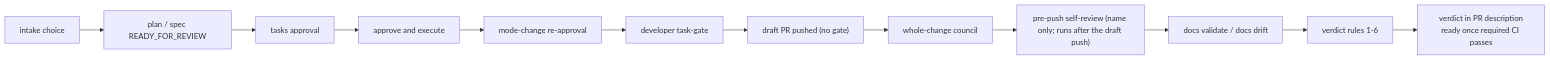
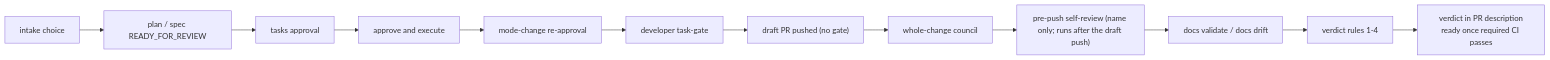
Before and after one commit to dpalfery/kyber-weave: the diagram in docs/reference/autonomous-gates.md, drawn with Mermaid. The commit also changed other lines of this file and 44 other files, not shown here.

Commit message:
feat(review): remove NEEDS_HUMAN verdict and escalate-to-human policy rules

````diff
--- a/docs/reference/autonomous-gates.md
+++ b/docs/reference/autonomous-gates.md
@@ -61,14 +61,14 @@
 ```mermaid
 flowchart LR
     Intake["intake choice"] --> PlanSpec["plan / spec READY_FOR_REVIEW"]
     PlanSpec --> Tasks["tasks approval"]
     Tasks --> Exec["approve and execute"]
     Exec --> Mode["mode-change re-approval"]
     Mode --> TG["developer task-gate"]
     TG --> Draft["draft PR pushed (no gate)"]
     Draft --> Council["whole-change council"]
     Council --> PrePush["pre-push self-review (name only; runs after the draft push)"]
     PrePush --> Val["docs validate / docs drift"]
-    Val --> Verdict["verdict rules 1-6"]
+    Val --> Verdict["verdict rules 1-4"]
     Verdict --> Delivery["verdict in PR description<br/>ready once required CI passes"]
 ```
````
